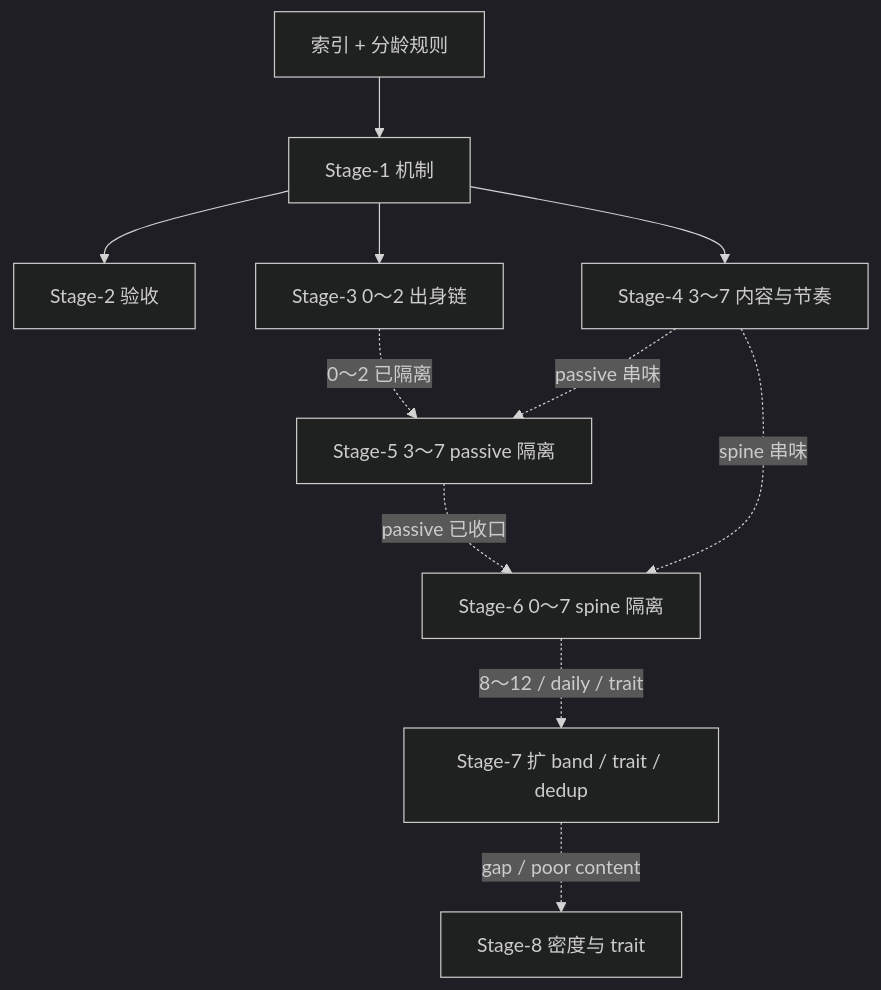
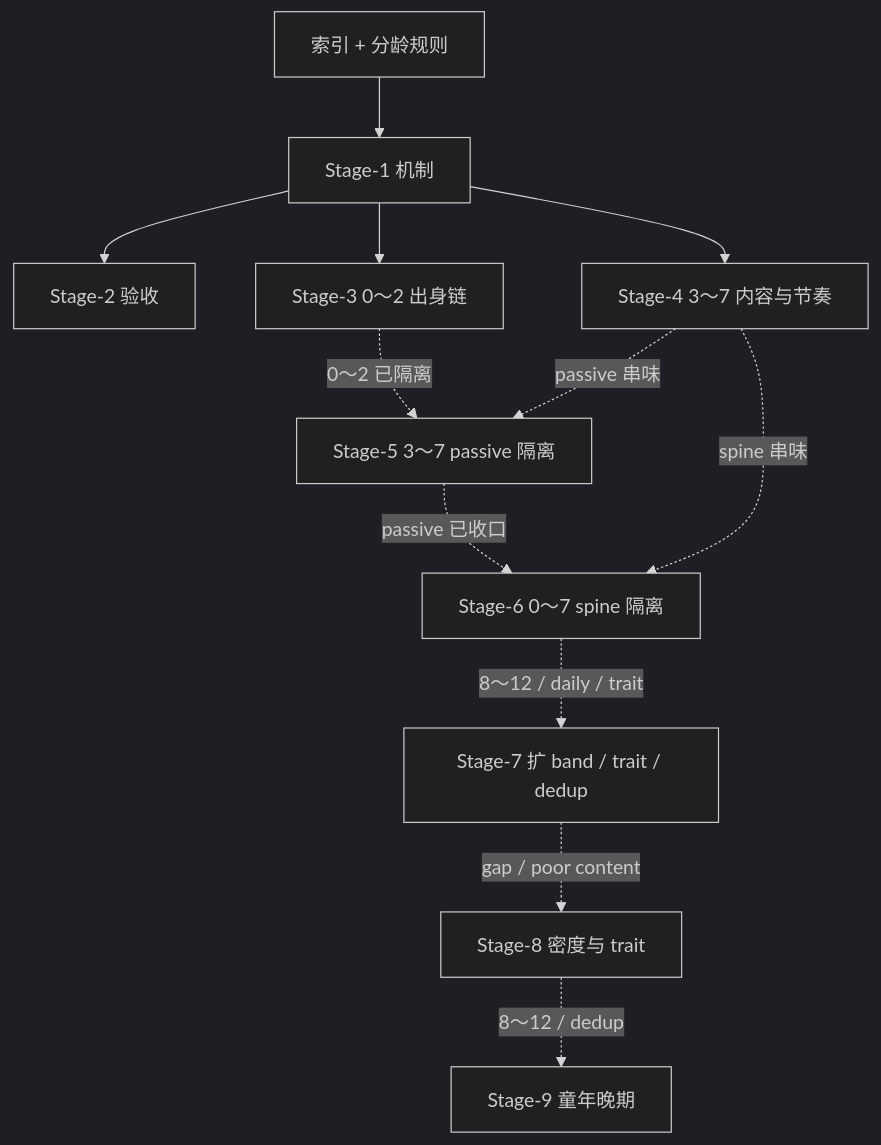
One commit to molibaby1/wuxia-life changed the diagram in docs/PRD/early-childhood-opening-experience-index.md. Above: the diagram before and after it, drawn with Mermaid (dark theme). The commit also changed other lines of this file and 3 other files, not shown here.

````diff
--- a/docs/PRD/early-childhood-opening-experience-index.md
+++ b/docs/PRD/early-childhood-opening-experience-index.md
@@ -37,22 +38,23 @@
 ```mermaid
 flowchart TB
   IDX[索引 + 分龄规则]
   S1[Stage-1 机制]
   S2[Stage-2 验收]
   S3[Stage-3 0～2 出身链]
   S4[Stage-4 3～7 内容与节奏]
   S5[Stage-5 3～7 passive 隔离]
   S6[Stage-6 0～7 spine 隔离]
   S7[Stage-7 扩 band / trait / dedup]
 
   IDX --> S1
   S1 --> S2
   S1 --> S3
   S1 --> S4
   S3 -.->|0～2 已隔离| S5
   S4 -.->|passive 串味| S5
   S4 -.->|spine 串味| S6
   S5 -.->|passive 已收口| S6
   S6 -.->|8～12 / daily / trait| S7
   S7 -.->|gap / poor content| S8[Stage-8 密度与 trait]
+  S8 -.->|8～12 / dedup| S9[Stage-9 童年晚期]
 ```
````
